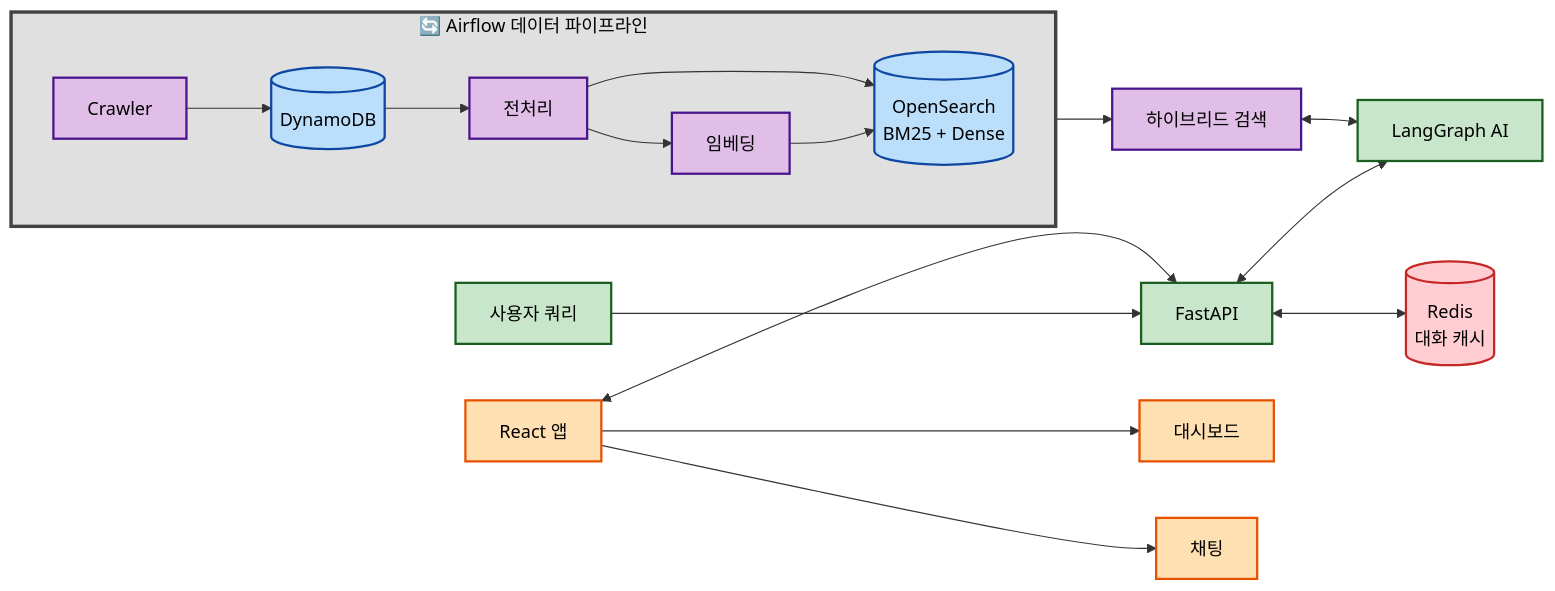
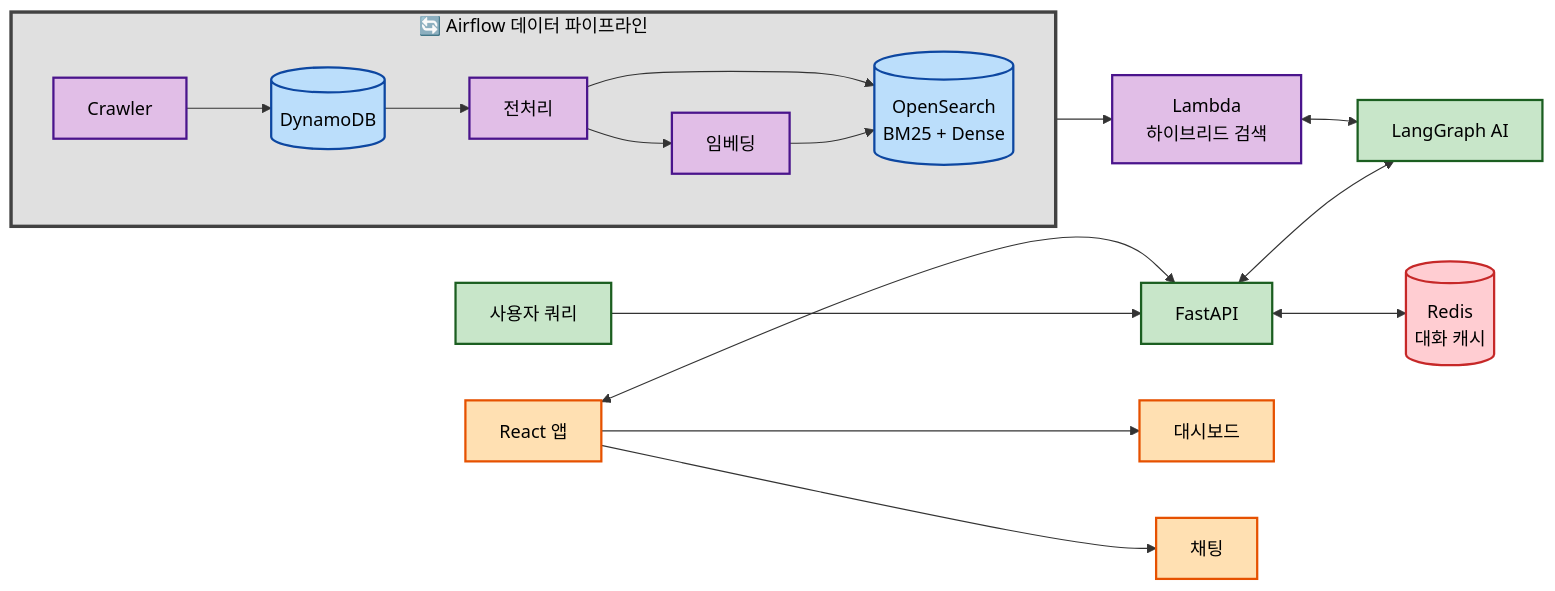
The diagram in README.md (statjhw/MangMangDae-AI), drawn with Mermaid before and after one commit. The commit also changed other lines of this file and 1 other file, not shown here.

Commit message:
update readme : aws lambda 관련

````diff
--- a/README.md
+++ b/README.md
@@ -70,36 +71,36 @@
 ```mermaid
 graph LR
     %% Airflow 데이터 파이프라인
     subgraph Airflow["🔄 Airflow 데이터 파이프라인"]
         direction LR
         B[Crawler] --> C[(DynamoDB)]
         C --> D[전처리] --> E[임베딩]
         D --> F[(OpenSearch<br/>BM25 + Dense)]
         E --> F
     end
     
     %% 검색 및 AI
     G[사용자 쿼리] --> H[FastAPI] <--> J[LangGraph AI]
-    F --> I[하이브리드 검색] <--> J
+    F --> I[Lambda<br/>하이브리드 검색] <--> J
     H <--> K[(Redis<br/>대화 캐시)]
     
     %% 프론트엔드
     L[React 앱] <--> H
     L --> M[대시보드]
     L --> N[채팅]
     
     %% 스타일링
     classDef db fill:#bbdefb,stroke:#0d47a1,stroke-width:2px,color:#000000
     classDef cache fill:#ffcdd2,stroke:#c62828,stroke-width:2px,color:#000000
     classDef process fill:#e1bee7,stroke:#4a148c,stroke-width:2px,color:#000000
     classDef ai fill:#c8e6c9,stroke:#1b5e20,stroke-width:2px,color:#000000
     classDef ui fill:#ffe0b2,stroke:#e65100,stroke-width:2px,color:#000000
     classDef pipeline fill:#e0e0e0,stroke:#424242,stroke-width:3px,color:#000000
 
     class C,F db
     class K cache
     class B,D,E,I process
     class G,H,J ai
     class L,M,N ui
     class Airflow pipeline
 ```
````
